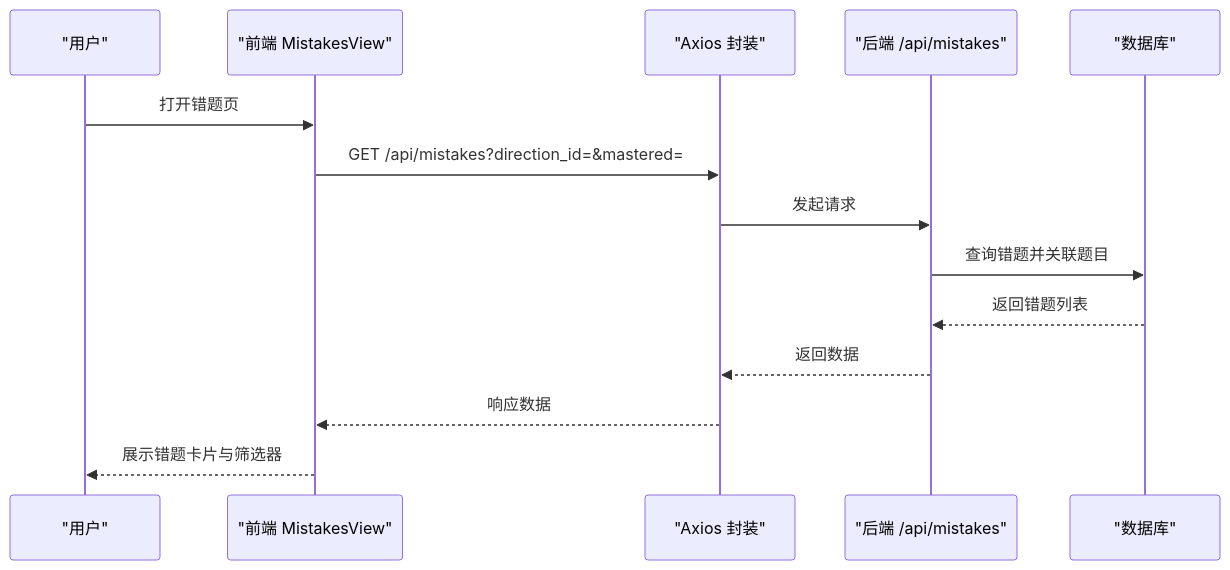
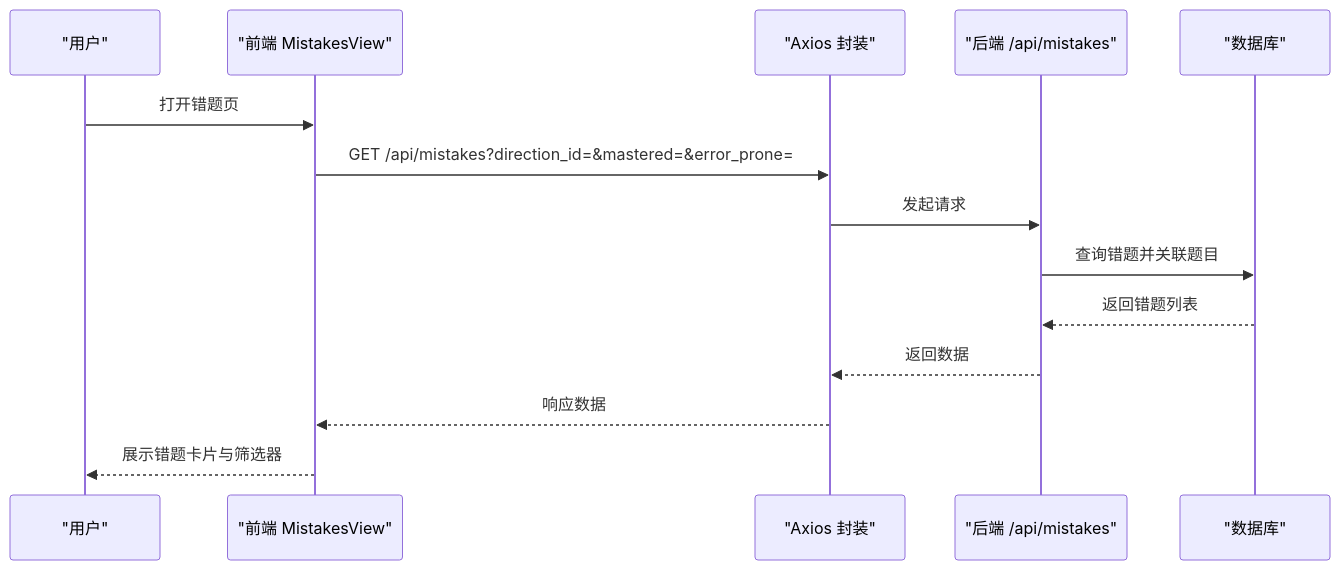
Before and after one commit to zhiwenli-jack/personal-learning-manager: the second of 7 diagrams in .qoder/repowiki/zh/content/前端应用架构/视图组件/错题管理组件.md, drawn with Mermaid. The commit also changed other lines of this file and 12 other files, not shown here.

````diff
--- a/.qoder/repowiki/zh/content/前端应用架构/视图组件/错题管理组件.md
+++ b/.qoder/repowiki/zh/content/前端应用架构/视图组件/错题管理组件.md
@@ -74,16 +83,16 @@
 ```mermaid
 sequenceDiagram
 participant U as "用户"
 participant FE as "前端 MistakesView"
 participant AX as "Axios 封装"
 participant API as "后端 /api/mistakes"
 participant DB as "数据库"
 U->>FE : 打开错题页
-FE->>AX : GET /api/mistakes?direction_id=&mastered=
+FE->>AX : GET /api/mistakes?direction_id=&mastered=&error_prone=
 AX->>API : 发起请求
 API->>DB : 查询错题并关联题目
 DB-->>API : 返回错题列表
 API-->>AX : 返回数据
 AX-->>FE : 响应数据
 FE-->>U : 展示错题卡片与筛选器
 ```
````
